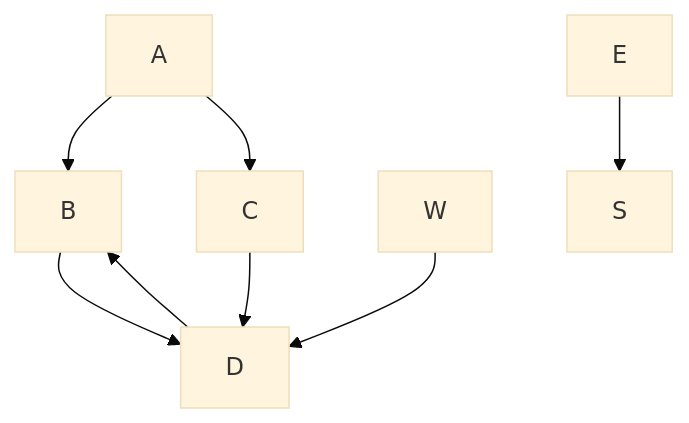
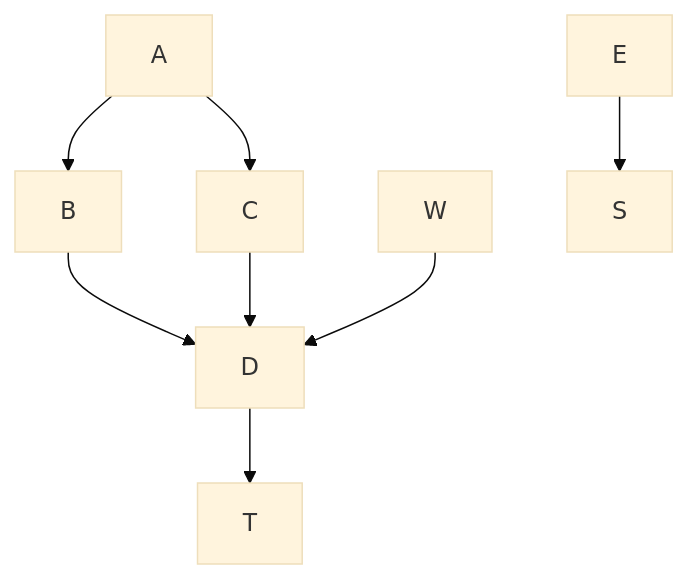
The first of 2 diagrams in test/flow_inline.md (neenjaw/mermaid-markdown-test), drawn with Mermaid (base theme) before and after one commit.

````diff
--- a/test/flow_inline.md
+++ b/test/flow_inline.md
@@ -5,10 +5,10 @@
 ```mermaid
 graph TD;
     A-->B;
     A-->C;
     B-->D;
     C-->D;
     W-->D;
     E-->S;
-    D-->B;
+    D-->T;
 ```
````
